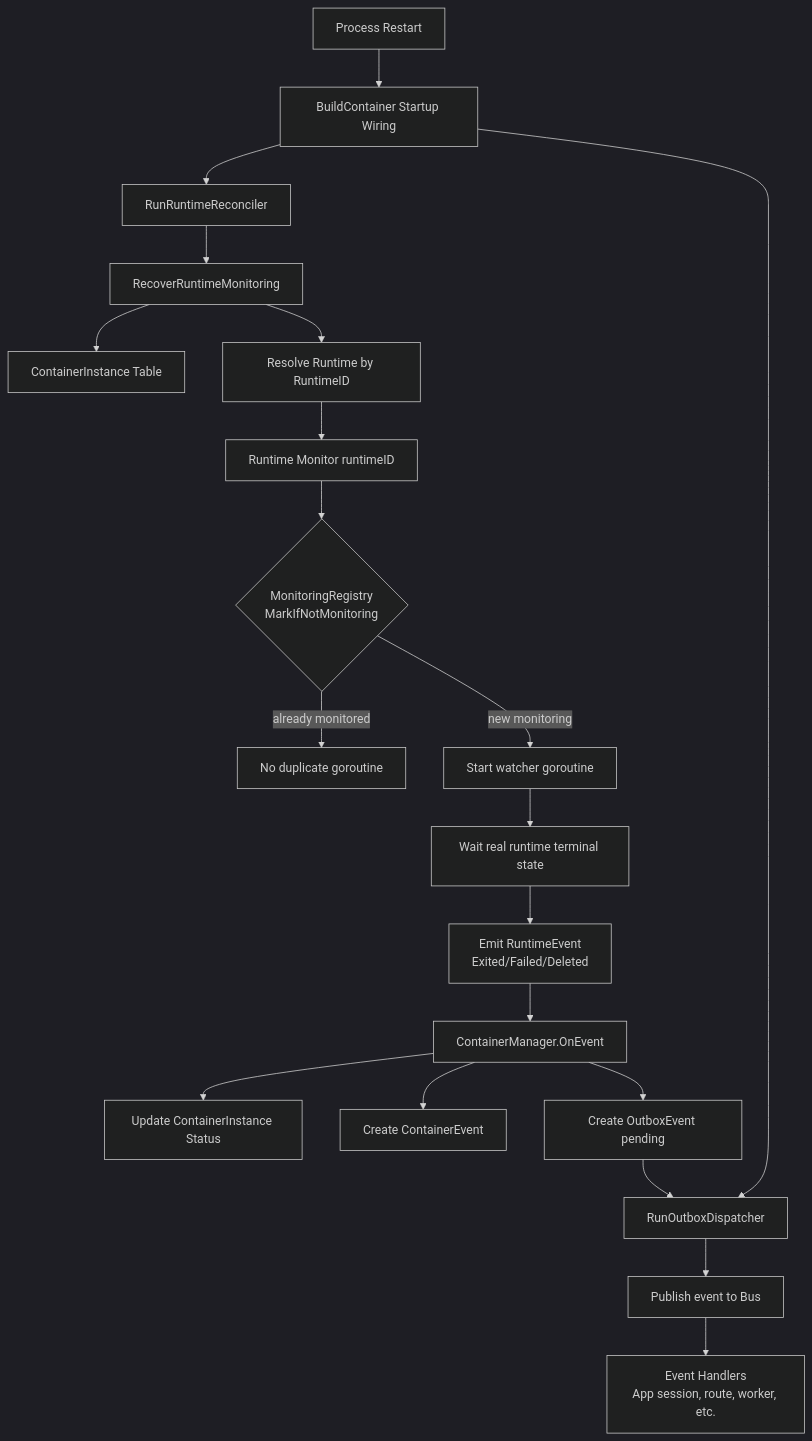
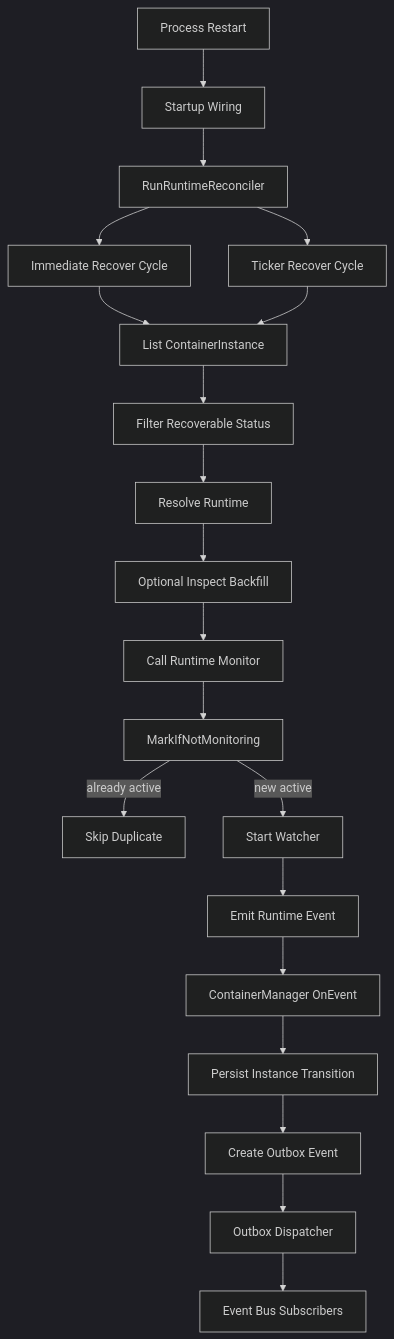
Before and after one commit to gobravedev/gobrave-doc: the diagram in content/en/docs/runtime-monitor-recovery.md, drawn with Mermaid (dark theme). The commit also changed other lines of this file and 5 other files, not shown here.

Commit message:
Add documentation for Kubernetes runtime architecture and outbox dispatcher concurrency

````diff
--- a/content/en/docs/runtime-monitor-recovery.md
+++ b/content/en/docs/runtime-monitor-recovery.md
@@ -91,28 +114,27 @@
 ```mermaid
 flowchart TD
-    A[Process Restart] --> B[BuildContainer Startup Wiring]
+    A[Process Restart] --> B[Startup Wiring]
+    B --> C[RunRuntimeReconciler]
 
-    B --> C[RunRuntimeReconciler]
-    C --> D[RecoverRuntimeMonitoring]
-    D --> E[ContainerInstance Table]
-    D --> F[Resolve Runtime by RuntimeID]
-    F --> G[Runtime Monitor runtimeID]
+    C --> D[Immediate Recover Cycle]
+    C --> E[Ticker Recover Cycle]
 
-    G --> H{MonitoringRegistry\nMarkIfNotMonitoring}
-    H -->|already monitored| I[No duplicate goroutine]
-    H -->|new monitoring| J[Start watcher goroutine]
+    D --> F[List ContainerInstance]
+    E --> F
 
-    J --> K[Wait real runtime terminal state]
-    K --> L[Emit RuntimeEvent\nExited/Failed/Deleted]
+    F --> G[Filter Recoverable Status]
+    G --> H[Resolve Runtime]
+    H --> I[Optional Inspect Backfill]
+    I --> J[Call Runtime Monitor]
 
-    L --> M[ContainerManager.OnEvent]
-    M --> N[Update ContainerInstance Status]
-    M --> O[Create ContainerEvent]
-    M --> P[Create OutboxEvent pending]
+    J --> K[MarkIfNotMonitoring]
+    K -->|already active| L[Skip Duplicate]
+    K -->|new active| M[Start Watcher]
 
-    B --> Q[RunOutboxDispatcher]
-    Q --> R[Publish event to Bus]
-    P --> Q
-
-    R --> S[Event Handlers\nApp session, route, worker, etc.]
+    M --> N[Emit Runtime Event]
+    N --> O[ContainerManager OnEvent]
+    O --> P[Persist Instance Transition]
+    P --> Q[Create Outbox Event]
+    Q --> R[Outbox Dispatcher]
+    R --> S[Event Bus Subscribers]
 ```
````
